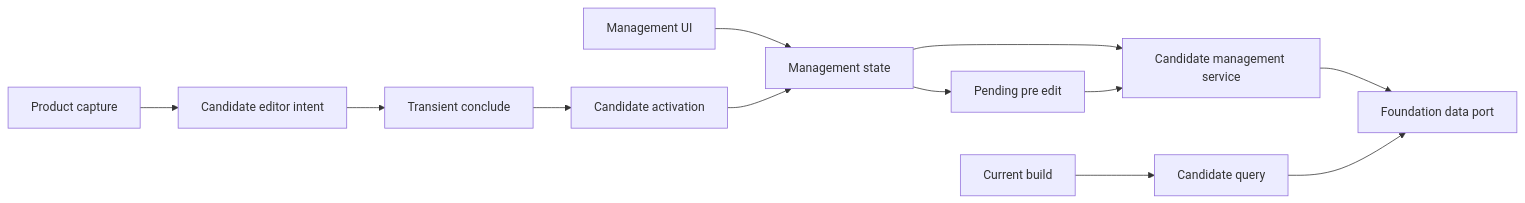
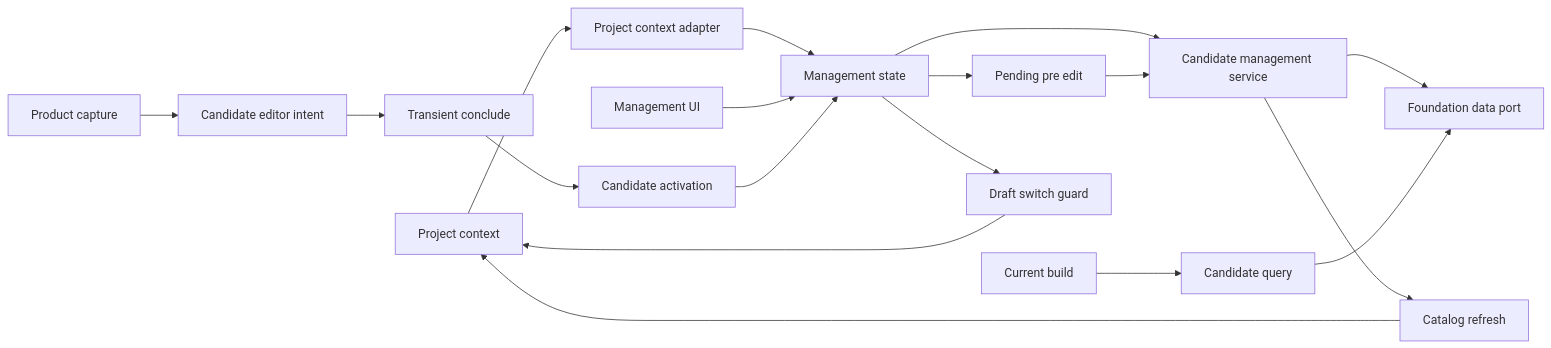
One commit to Huruikagi/pc-build-planner changed the first of 2 diagrams in .kiro/specs/project-candidate-management/design.md. Above: the diagram before and after it, drawn with Mermaid. The commit also changed other lines of this file and 4 other files, not shown here.

Commit message:
spec: add candidate management project context tasks

````diff
--- a/.kiro/specs/project-candidate-management/design.md
+++ b/.kiro/specs/project-candidate-management/design.md
@@ -59,14 +68,20 @@
 ```mermaid
 graph LR
+    Context[Project context] --> Adapter[Project context adapter]
+    Adapter --> VM[Management state]
     UI[Management UI] --> VM[Management state]
     VM --> Service[Candidate management service]
     Capture[Product capture] --> Intent[Candidate editor intent]
     Build[Current build] --> Query[Candidate query]
     Service --> Data[Foundation data port]
     Query --> Data
     Intent --> Transient[Transient conclude]
     Transient --> Activation[Candidate activation]
     Activation --> VM
     VM --> PreEdit[Pending pre edit]
     PreEdit --> Service
+    VM --> Guard[Draft switch guard]
+    Guard --> Context
+    Service --> Refresh[Catalog refresh]
+    Refresh --> Context
 ```
````
